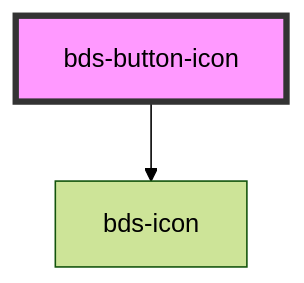
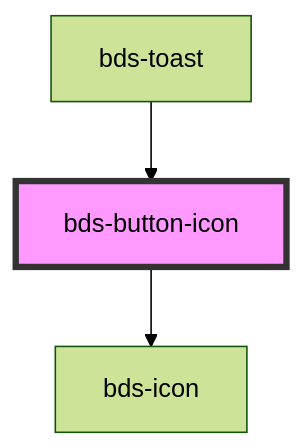
The diagram in src/components/icon-button/readme.md (takenet/blip-ds), drawn with Mermaid (forest theme) before and after one commit. The commit also changed other lines of this file and 3 other files, not shown here.

````diff
--- a/src/components/icon-button/readme.md
+++ b/src/components/icon-button/readme.md
@@ -25,5 +29,6 @@
 ```mermaid
 graph TD;
   bds-button-icon --> bds-icon
+  bds-toast --> bds-button-icon
   style bds-button-icon fill:#f9f,stroke:#333,stroke-width:4px
 ```
````
